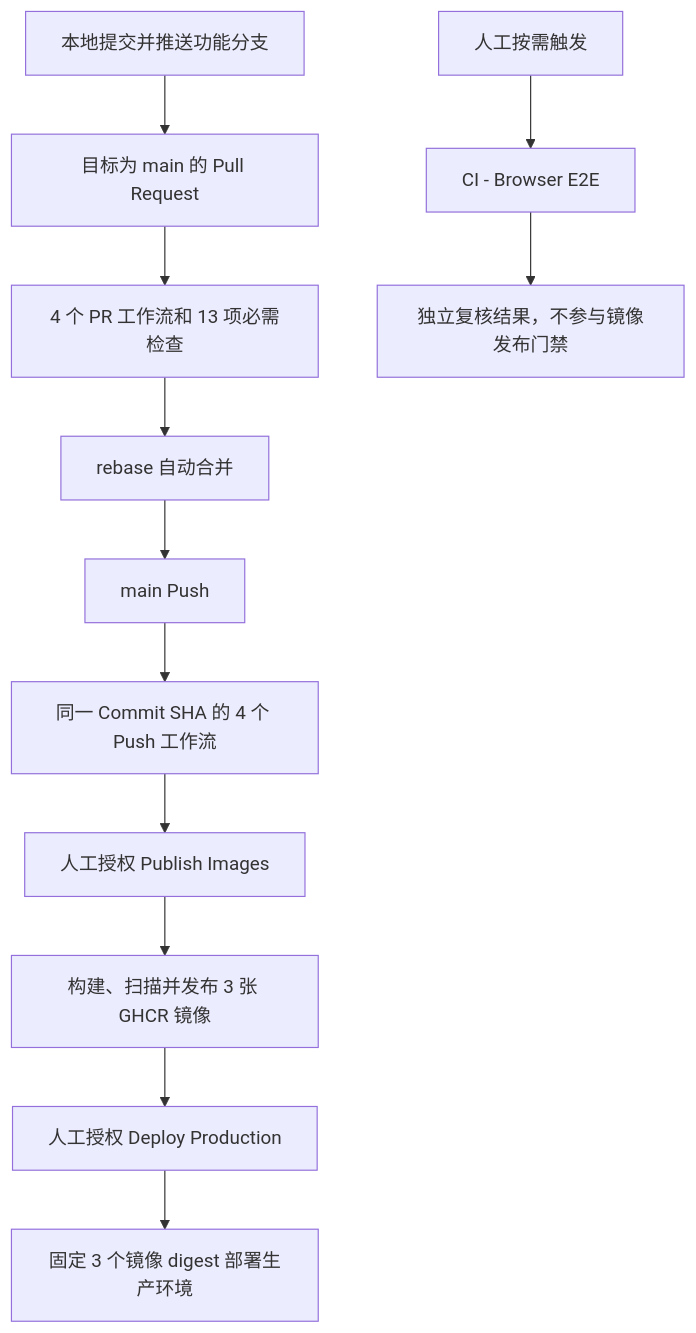
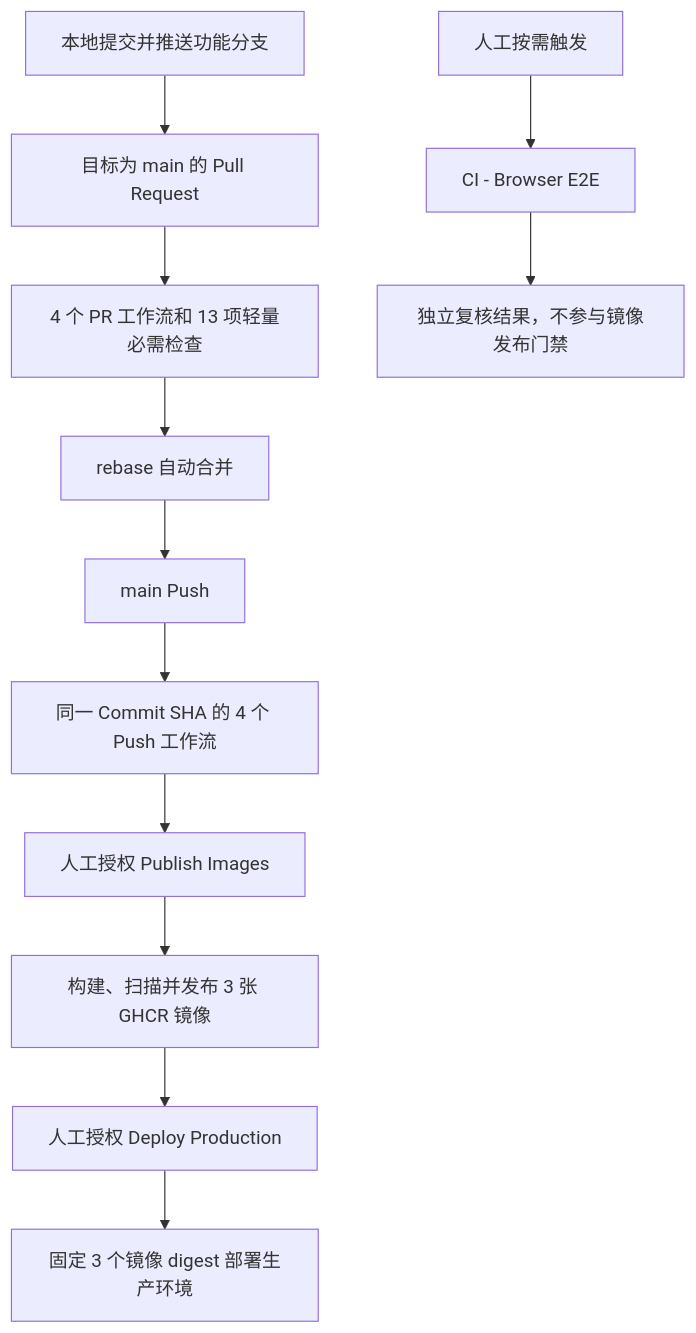
The diagram in docs/operations/github-actions-workflows.md (jinmozhe/pinjie-fullstack-base), drawn with Mermaid before and after one commit. The commit also changed other lines of this file and 36 other files, not shown here.

````diff
--- a/docs/operations/github-actions-workflows.md
+++ b/docs/operations/github-actions-workflows.md
@@ -23,14 +23,14 @@
 ```mermaid
 flowchart TD
     A["本地提交并推送功能分支"] --> B["目标为 main 的 Pull Request"]
-    B --> C["4 个 PR 工作流和 13 项必需检查"]
+    B --> C["4 个 PR 工作流和 13 项轻量必需检查"]
     C --> D["rebase 自动合并"]
     D --> E["main Push"]
     E --> G["同一 Commit SHA 的 4 个 Push 工作流"]
     G --> H["人工授权 Publish Images"]
     H --> I["构建、扫描并发布 3 张 GHCR 镜像"]
     I --> K["人工授权 Deploy Production"]
     K --> L["固定 3 个镜像 digest 部署生产环境"]
     M["人工按需触发"] --> F["CI - Browser E2E"]
     F --> N["独立复核结果，不参与镜像发布门禁"]
 ```
````
